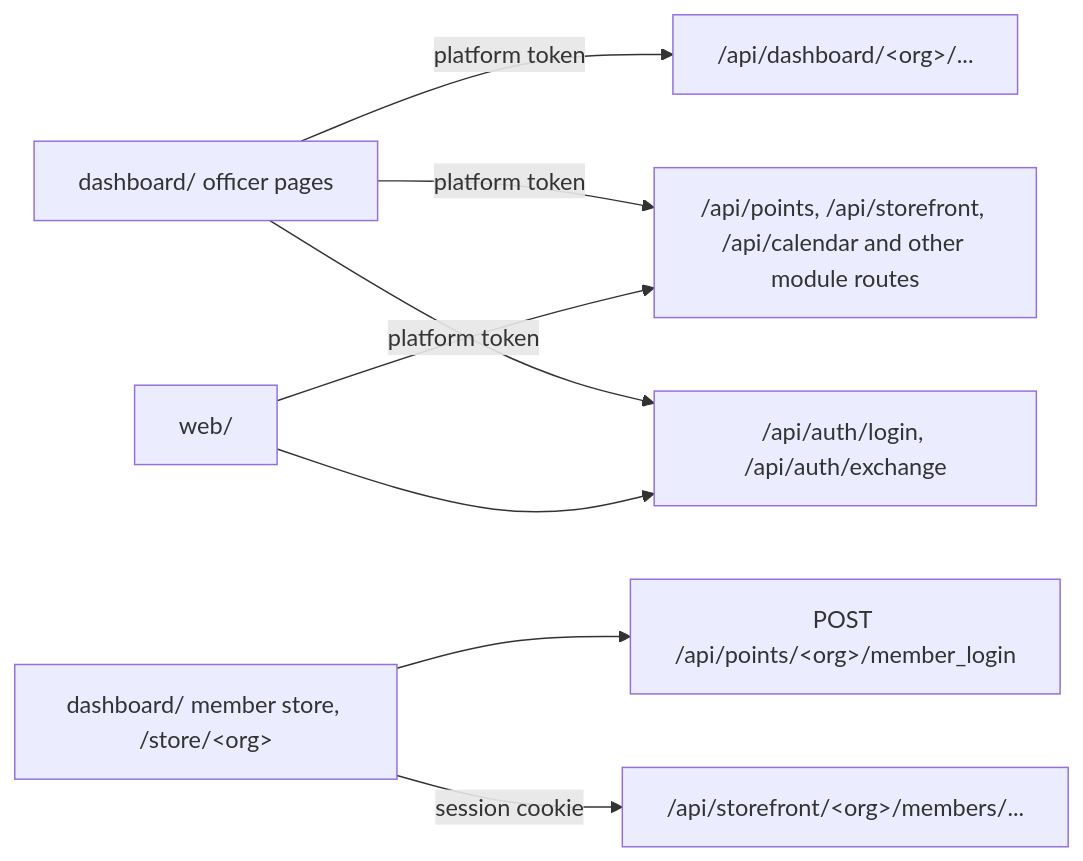
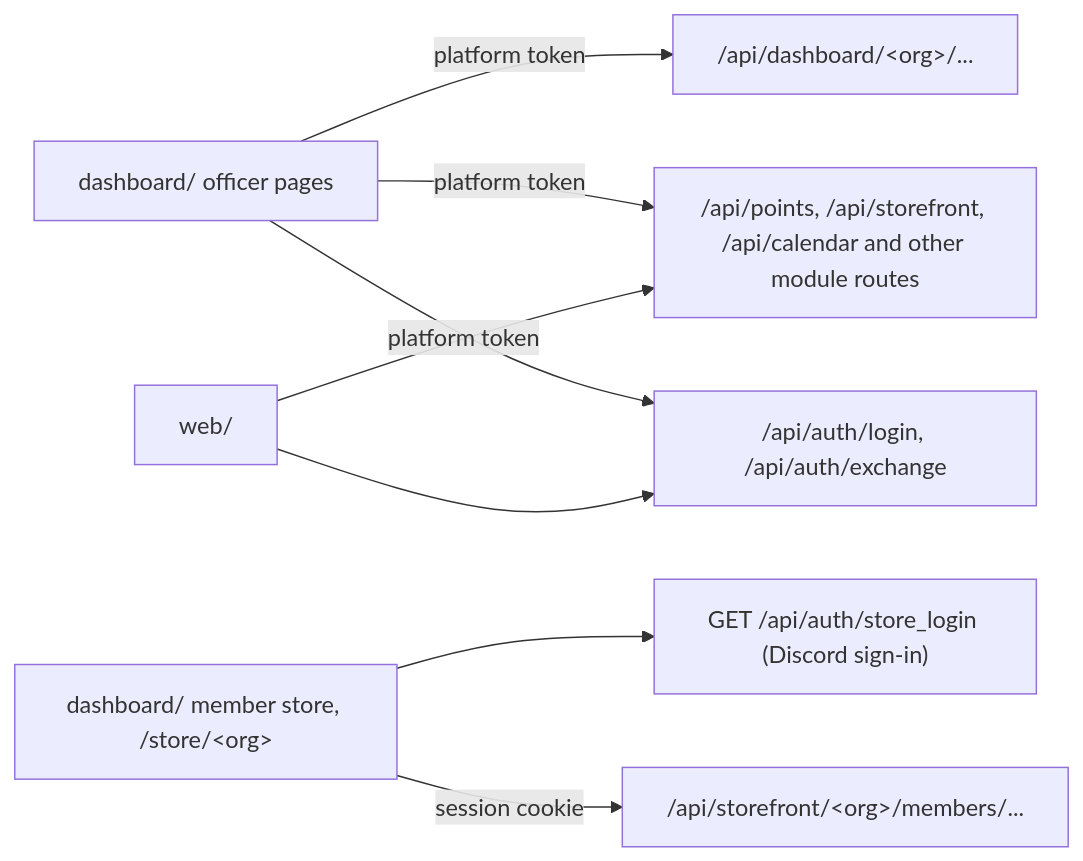
The diagram in docs/frontends.md (asusoda/soda-internal-api), drawn with Mermaid before and after one commit. The commit also changed other lines of this file and 4 other files, not shown here.

First line of the commit message:
Sign members in to the dashboard store with Discord (#383)

````diff
--- a/docs/frontends.md
+++ b/docs/frontends.md
@@ -7,10 +7,10 @@
 ```mermaid
 flowchart LR
   officer["dashboard/ officer pages"] -->|"platform token"| dash["/api/dashboard/#lt;org#gt;/..."]
   officer -->|"platform token"| mods["/api/points, /api/storefront, /api/calendar and other module routes"]
-  store["dashboard/ member store, /store/#lt;org#gt;"] --> login["POST /api/points/#lt;org#gt;/member_login"]
+  store["dashboard/ member store, /store/#lt;org#gt;"] --> login["GET /api/auth/store_login (Discord sign-in)"]
   store -->|"session cookie"| orders["/api/storefront/#lt;org#gt;/members/..."]
   web["web/"] -->|"platform token"| mods
   officer --> auth["/api/auth/login, /api/auth/exchange"]
   web --> auth
 ```
````
